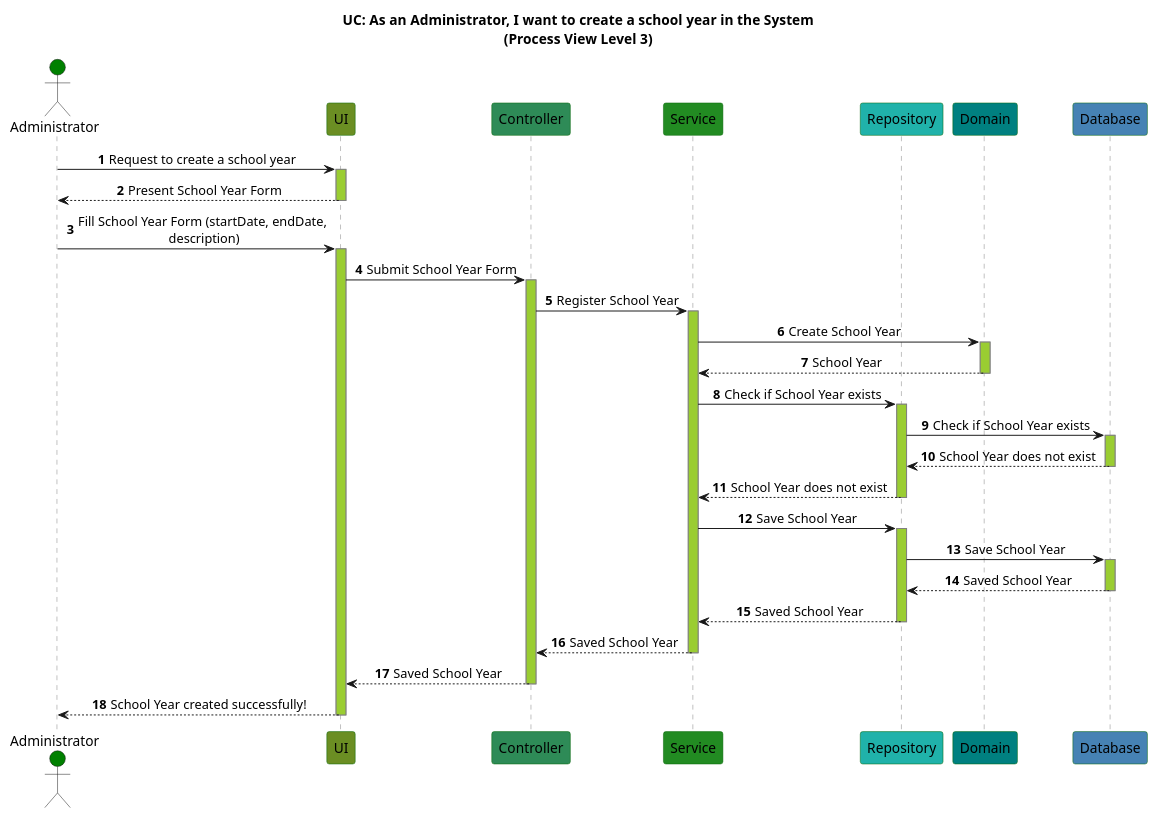
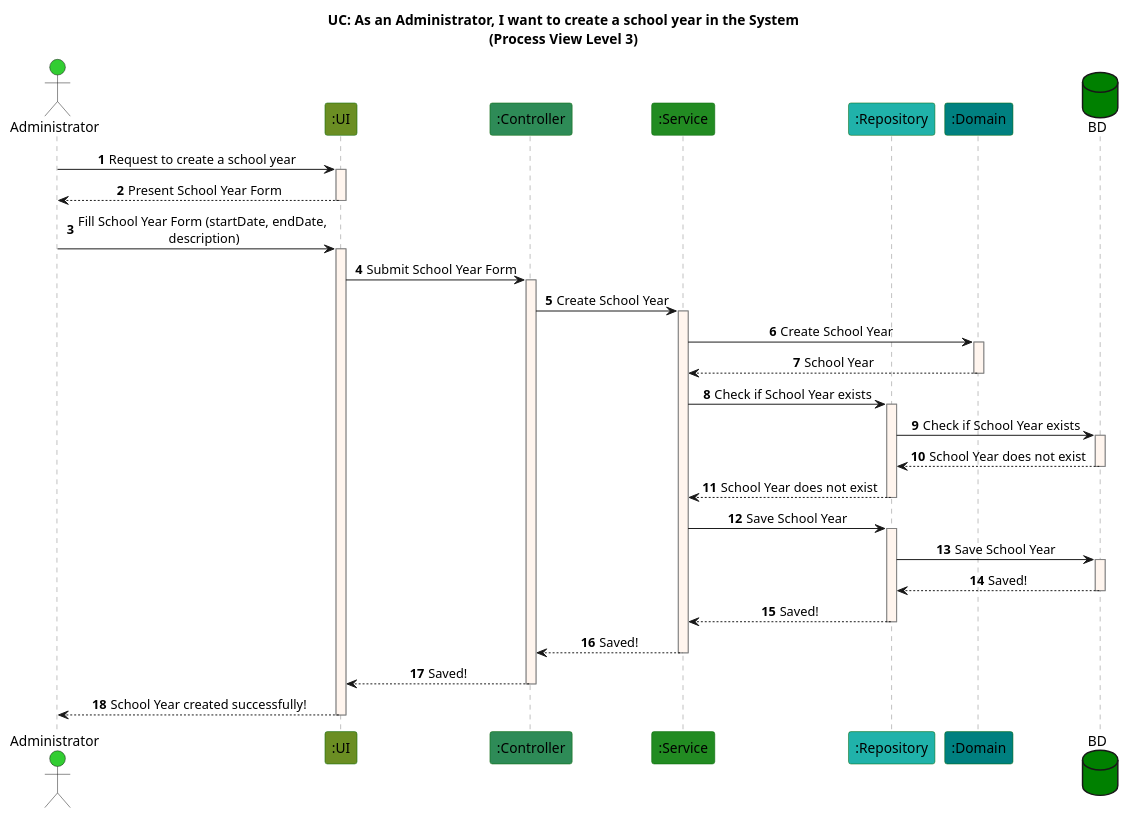
One commit to GasparISEP/DevOps-PAI changed the diagram in docs/US07/Sprint6/Process View/Level3.puml. Above: the diagram before and after it, drawn with PlantUML. The commit also changed 1 other file, not shown here.

Commit message:
Added level 4 process view related to a feature from School Year Aggregate. ref #519

```diff
--- a/docs/US07/Sprint6/Process View/Level3.puml
+++ b/docs/US07/Sprint6/Process View/Level3.puml
@@ -1,57 +1,57 @@
 @startuml
 
 autonumber
 skinparam {
   SequenceLifeLineBorderColor gray
   SequenceParticipantBorderColor darkgreen
   DefaultTextAlignment center
 }
 
 title UC: As an Administrator, I want to create a school year in the System\n(Process View Level 3)
 
-actor Administrator as Admin #green
-participant "UI" as UI #olivedrab
-participant "Controller" as C #seagreen
-participant "Service" as S #forestgreen
-participant "Repository" as R #lightseagreen
-participant "Domain" as D #teal
-participant "Database" as BD #steelblue
+actor Administrator as Admin #limegreen
+participant ":UI" as UI #olivedrab
+participant ":Controller" as C #seagreen
+participant ":Service" as S #forestgreen
+participant ":Repository" as R #lightseagreen
+participant ":Domain" as D #teal
+database BD #green
 
 
 Admin -> UI: Request to create a school year
-activate UI #yellowgreen
+activate UI #seashell
 UI --> Admin: Present School Year Form
-deactivate UI #yellowgreen
+deactivate UI #seashell
 Admin -> UI: Fill School Year Form (startDate, endDate,\n description)
-activate UI #yellowgreen
+activate UI #seashell
 UI -> C: Submit School Year Form
-activate C #yellowgreen
-C -> S: Register School Year
-activate S #yellowgreen
+activate C #seashell
+C -> S: Create School Year
+activate S #seashell
 S -> D: Create School Year
-activate D #yellowgreen
+activate D #seashell
 D --> S: School Year
-deactivate D #yellowgreen
+deactivate D #seashell
 S -> R: Check if School Year exists
-activate R #yellowgreen
+activate R #seashell
 R -> BD: Check if School Year exists
-activate BD #yellowgreen
+activate BD #seashell
 BD --> R: School Year does not exist
-deactivate BD #yellowgreen
+deactivate BD #seashell
 R --> S: School Year does not exist
-deactivate R #yellowgreen
+deactivate R #seashell
 S -> R: Save School Year
-activate R #yellowgreen
+activate R #seashell
 R -> BD: Save School Year
-activate BD #yellowgreen
-BD --> R: Saved School Year
-deactivate BD #yellowgreen
-R --> S: Saved School Year
-deactivate R #yellowgreen
-S --> C: Saved School Year
-deactivate S #yellowgreen
-C --> UI: Saved School Year
-deactivate C #yellowgreen
+activate BD #seashell
+BD --> R: Saved!
+deactivate BD #seashell
+R --> S: Saved!
+deactivate R #seashell
+S --> C: Saved!
+deactivate S #seashell
+C --> UI: Saved!
+deactivate C #seashell
 UI --> Admin: School Year created successfully!
-deactivate UI #yellowgreen
+deactivate UI #seashell
 @enduml
```
